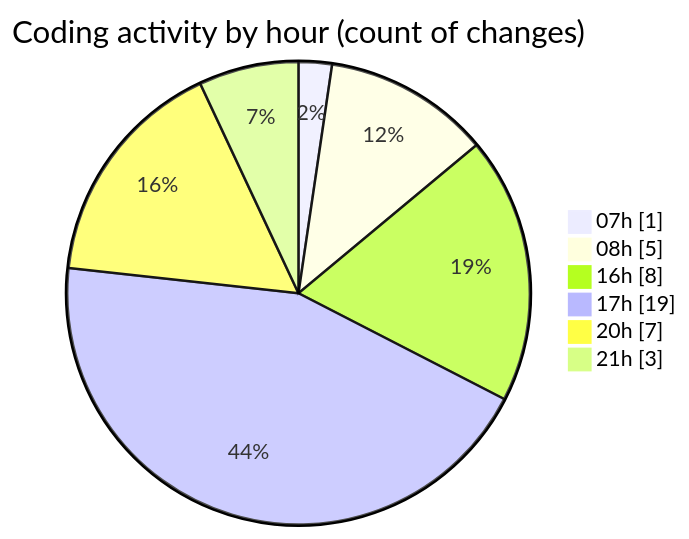
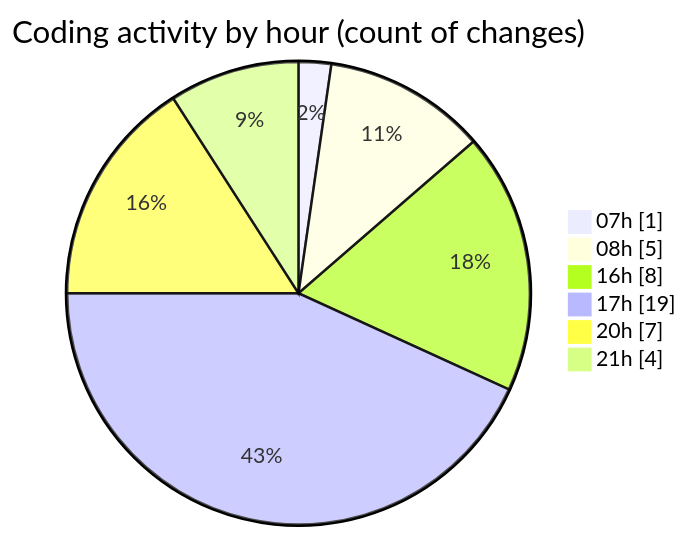
Before and after one commit to Elitesun/code-tracking: the second of 2 diagrams in 2025-02-13/elitegpt/README.md, drawn with Mermaid. The commit also changed other lines of this file and 1 other file, not shown here.

````diff
--- a/2025-02-13/elitegpt/README.md
+++ b/2025-02-13/elitegpt/README.md
@@ -36,10 +36,10 @@
 ```mermaid
 pie showData
 title Coding activity by hour (count of changes)
 "07h" : 1
 "08h" : 5
 "16h" : 8
 "17h" : 19
 "20h" : 7
-"21h" : 3
+"21h" : 4
 ```
````
